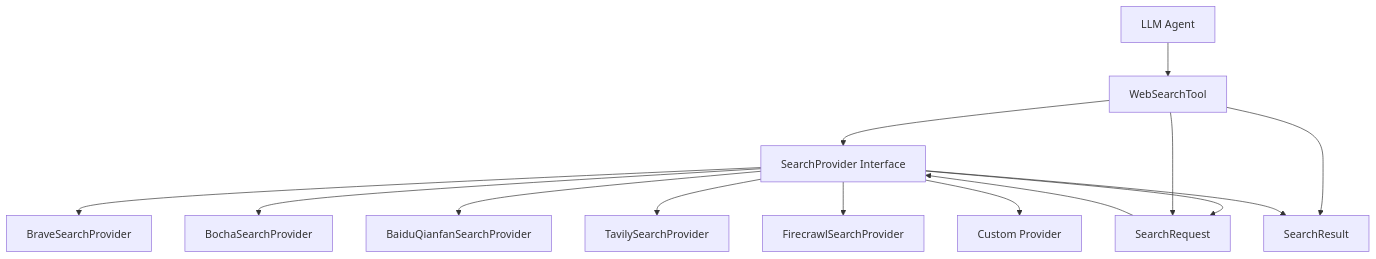
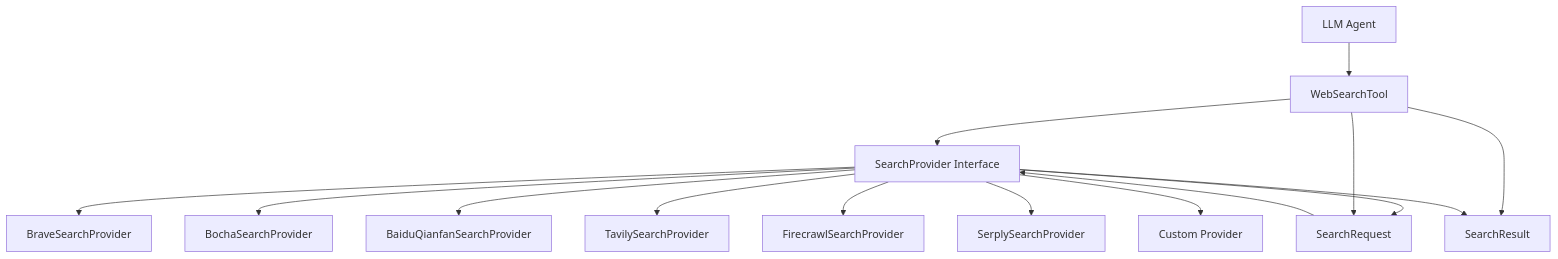
Before and after one commit to agents-flex/agents-flex: the first of 2 diagrams in docs/zh/chat/websearch.md, drawn with Mermaid. The commit also changed other lines of this file and 2 other files, not shown here.

Commit message:
feat(websearch): add Serply search provider

````diff
--- a/docs/zh/chat/websearch.md
+++ b/docs/zh/chat/websearch.md
@@ -66,18 +66,19 @@
 ```mermaid
 graph TB
     A[LLM Agent] --> B[WebSearchTool]
     B --> C[SearchProvider Interface]
     C --> D[BraveSearchProvider]
     C --> E[BochaSearchProvider]
     C --> F[BaiduQianfanSearchProvider]
     C --> G[TavilySearchProvider]
     C --> H[FirecrawlSearchProvider]
     C --> J[YouSearchProvider]
+    C --> L[SerplySearchProvider]
     C --> I[Custom Provider]
 
     B --> J[SearchRequest]
     B --> K[SearchResult]
 
     J --> C
     C --> K
 ```
````
